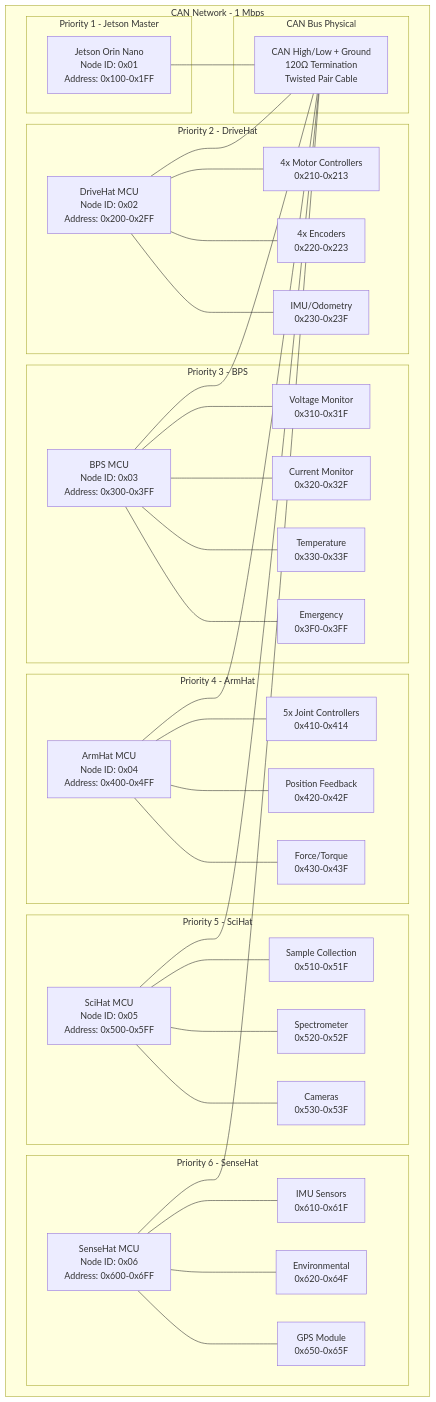
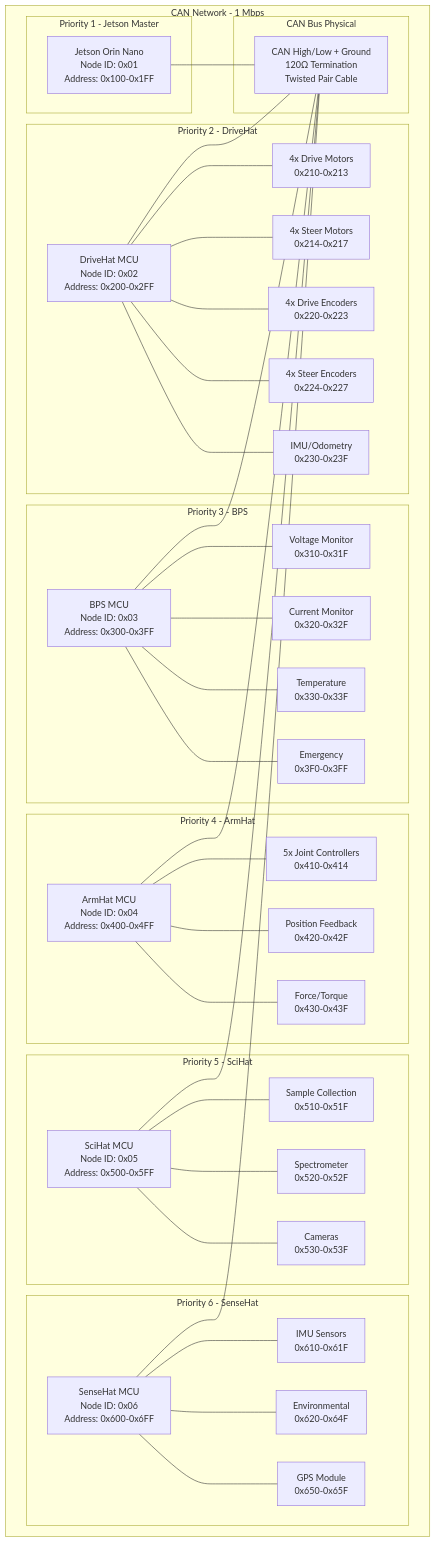
Before and after one commit to AryanRai/SIRI-Elec: the third of 8 diagrams in architecture.md, drawn with Mermaid. The commit also changed other lines of this file and 4 other files, not shown here.

````diff
--- a/architecture.md
+++ b/architecture.md
@@ -114,76 +118,80 @@
 ```mermaid
 graph TB
     subgraph "CAN Network - 1 Mbps"
         subgraph "Priority 1 - Jetson Master"
             J[Jetson Orin Nano<br/>Node ID: 0x01<br/>Address: 0x100-0x1FF]
         end
         
         subgraph "Priority 2 - DriveHat"
             D[DriveHat MCU<br/>Node ID: 0x02<br/>Address: 0x200-0x2FF]
-            D_Motors[4x Motor Controllers<br/>0x210-0x213]
-            D_Encoders[4x Encoders<br/>0x220-0x223]
+            D_Drive[4x Drive Motors<br/>0x210-0x213]
+            D_Steer[4x Steer Motors<br/>0x214-0x217]
+            D_DriveEnc[4x Drive Encoders<br/>0x220-0x223]
+            D_SteerEnc[4x Steer Encoders<br/>0x224-0x227]
             D_IMU[IMU/Odometry<br/>0x230-0x23F]
         end
         
         subgraph "Priority 3 - BPS"
             B[BPS MCU<br/>Node ID: 0x03<br/>Address: 0x300-0x3FF]
             B_Voltage[Voltage Monitor<br/>0x310-0x31F]
             B_Current[Current Monitor<br/>0x320-0x32F]
             B_Temp[Temperature<br/>0x330-0x33F]
             B_Emergency[Emergency<br/>0x3F0-0x3FF]
         end
         
         subgraph "Priority 4 - ArmHat"
             A[ArmHat MCU<br/>Node ID: 0x04<br/>Address: 0x400-0x4FF]
             A_Joints[5x Joint Controllers<br/>0x410-0x414]
             A_Feedback[Position Feedback<br/>0x420-0x42F]
             A_Force[Force/Torque<br/>0x430-0x43F]
         end
         
         subgraph "Priority 5 - SciHat"
             S[SciHat MCU<br/>Node ID: 0x05<br/>Address: 0x500-0x5FF]
             S_Sample[Sample Collection<br/>0x510-0x51F]
             S_Spec[Spectrometer<br/>0x520-0x52F]
             S_Camera[Cameras<br/>0x530-0x53F]
         end
         
         subgraph "Priority 6 - SenseHat"
             SE[SenseHat MCU<br/>Node ID: 0x06<br/>Address: 0x600-0x6FF]
             SE_IMU[IMU Sensors<br/>0x610-0x61F]
             SE_Env[Environmental<br/>0x620-0x64F]
             SE_GPS[GPS Module<br/>0x650-0x65F]
         end
         
         subgraph "CAN Bus Physical"
             CANBus[CAN High/Low + Ground<br/>120Ω Termination<br/>Twisted Pair Cable]
         end
     end
     
     J --- CANBus
     D --- CANBus
     B --- CANBus
     A --- CANBus
     S --- CANBus
     SE --- CANBus
     
-    D --- D_Motors
-    D --- D_Encoders
+    D --- D_Drive
+    D --- D_Steer
+    D --- D_DriveEnc
+    D --- D_SteerEnc
     D --- D_IMU
     
     B --- B_Voltage
     B --- B_Current
     B --- B_Temp
     B --- B_Emergency
     
     A --- A_Joints
     A --- A_Feedback
     A --- A_Force
     
     S --- S_Sample
     S --- S_Spec
     S --- S_Camera
     
     SE --- SE_IMU
     SE --- SE_Env
     SE --- SE_GPS
 ```
````
